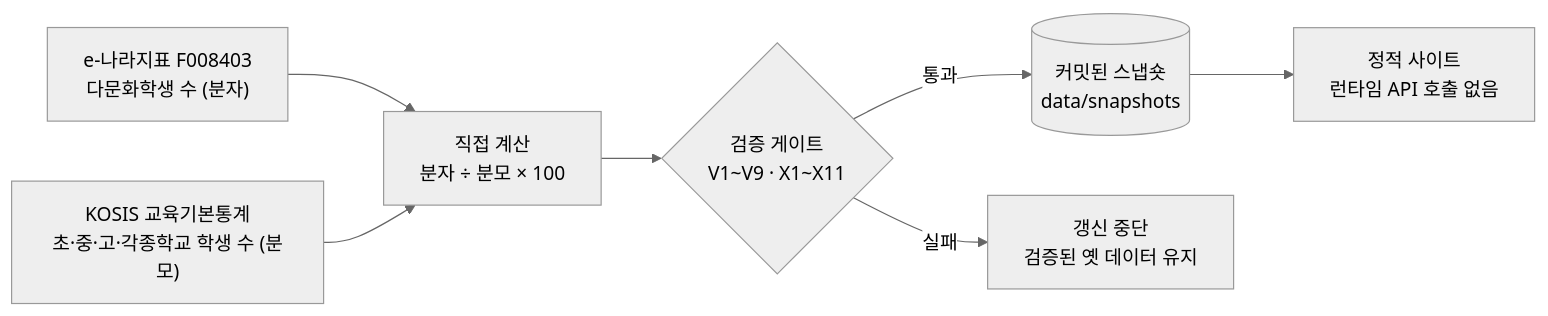
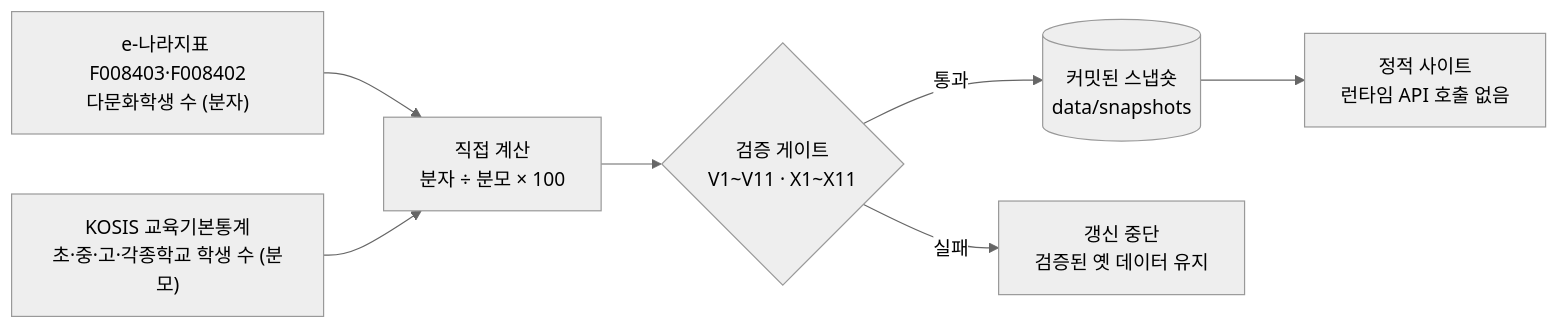
Before and after one commit to taehyeonglim/k-mosaic: the diagram in README.md, drawn with Mermaid (neutral theme). The commit also changed other lines of this file and 36 other files, not shown here.

````diff
--- a/README.md
+++ b/README.md
@@ -38,9 +38,9 @@
 ```mermaid
 flowchart LR
-  A["e-나라지표 F008403<br/>다문화학생 수 (분자)"] --> C
+  A["e-나라지표 F008403·F008402<br/>다문화학생 수 (분자)"] --> C
   B["KOSIS 교육기본통계<br/>초·중·고·각종학교 학생 수 (분모)"] --> C
-  C["직접 계산<br/>분자 ÷ 분모 × 100"] --> D{"검증 게이트<br/>V1~V9 · X1~X11"}
+  C["직접 계산<br/>분자 ÷ 분모 × 100"] --> D{"검증 게이트<br/>V1~V11 · X1~X11"}
   D -- 통과 --> E[("커밋된 스냅숏<br/>data/snapshots")]
   D -- 실패 --> F["갱신 중단<br/>검증된 옛 데이터 유지"]
   E --> G["정적 사이트<br/>런타임 API 호출 없음"]
 ```
````
